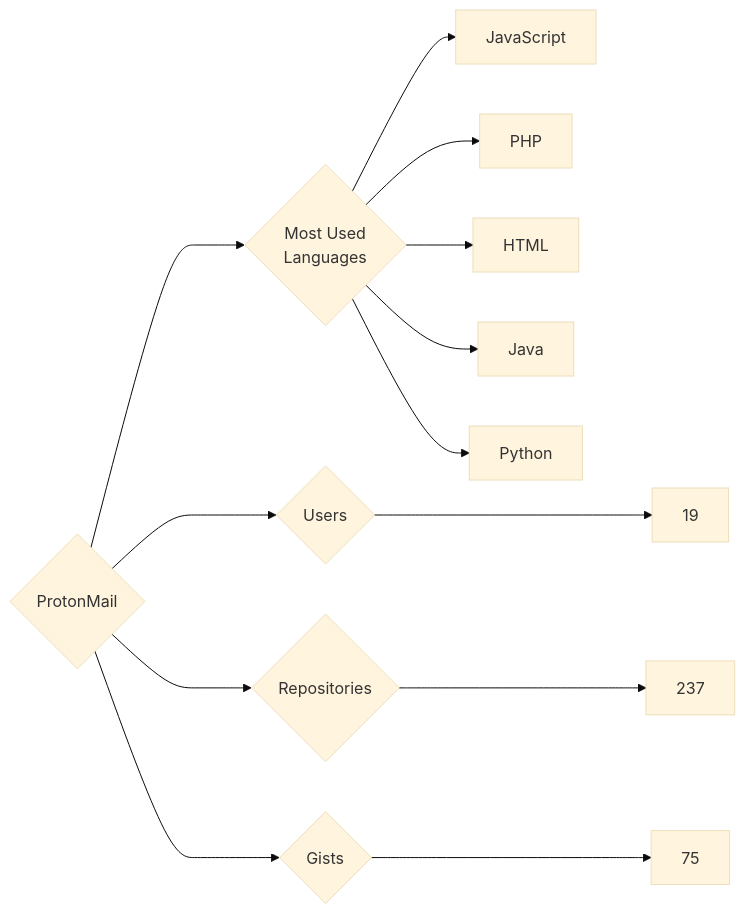
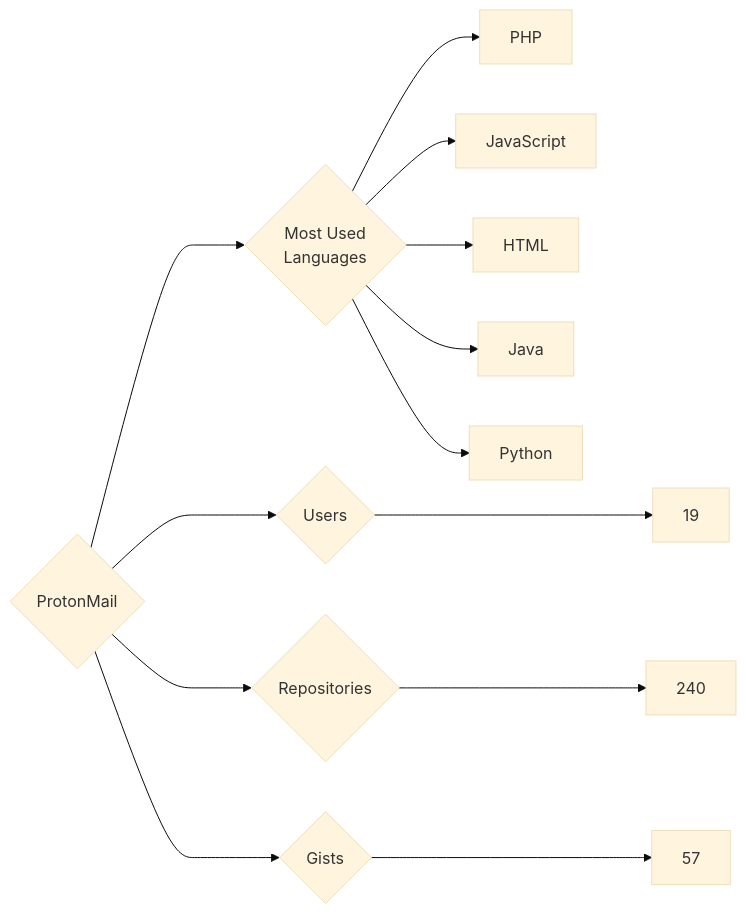
One commit to trickest/insiders changed the diagram in targets/ProtonMail/README.md. Above: the diagram before and after it, drawn with Mermaid (base theme). The commit also changed 1479 other files, not shown here.

````diff
--- a/targets/ProtonMail/README.md
+++ b/targets/ProtonMail/README.md
@@ -3,13 +3,13 @@
 ```mermaid
 graph LR
 COMPANY_NAME{ProtonMail}
 COMPANY_NAME ---> U{Users} ---> UN[19]
-COMPANY_NAME ---> R{Repositories} ---> RN[237]
-COMPANY_NAME ---> G{Gists} ---> GN[75]
+COMPANY_NAME ---> R{Repositories} ---> RN[240]
+COMPANY_NAME ---> G{Gists} ---> GN[57]
 COMPANY_NAME ---> ML{Most Used<br>Languages}
+ML --> PHP[PHP]
 ML --> JavaScript[JavaScript]
-ML --> PHP[PHP]
 ML --> HTML[HTML]
 ML --> Java[Java]
 ML --> Python[Python]
 ```
````
